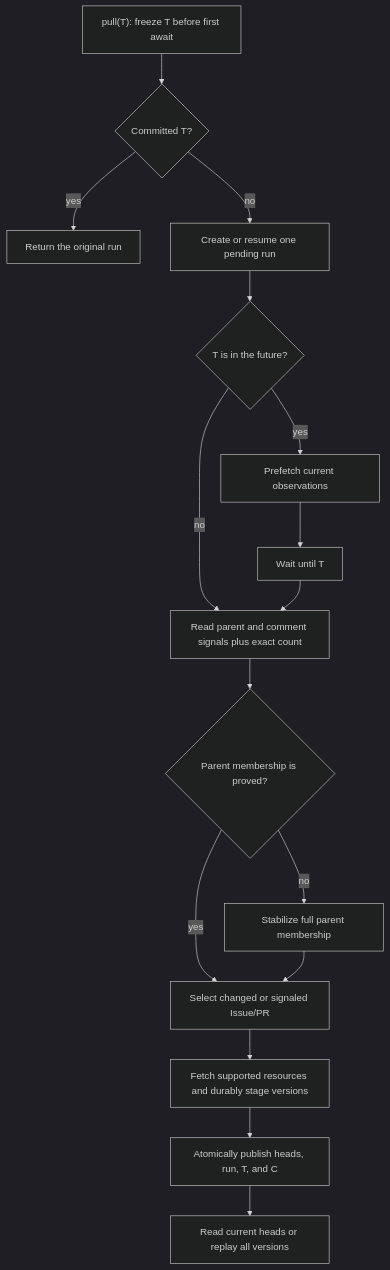
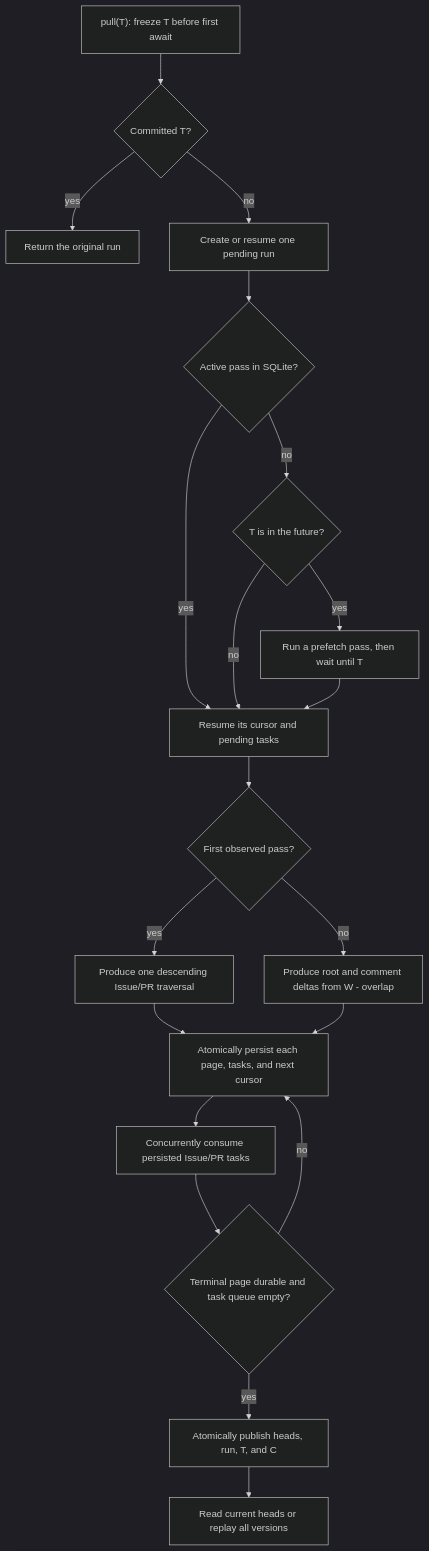
One commit to Delva0/gh-puller changed the first of 2 diagrams in docs/github-puller.md. Above: the diagram before and after it, drawn with Mermaid (dark theme). The commit also changed other lines of this file and 13 other files, not shown here.

````diff
--- a/docs/github-puller.md
+++ b/docs/github-puller.md
@@ -26,18 +26,22 @@
 ```mermaid
 flowchart TD
     Call["pull(T): freeze T before first await"] --> Existing{"Committed T?"}
     Existing -->|yes| Return["Return the original run"]
     Existing -->|no| Pending["Create or resume one pending run"]
-    Pending --> Future{"T is in the future?"}
-    Future -->|yes| Prefetch["Prefetch current observations"]
-    Prefetch --> Wait["Wait until T"]
-    Future -->|no| Discover["Read parent and comment signals plus exact count"]
-    Wait --> Discover
-    Discover --> Cert{"Parent membership is proved?"}
-    Cert -->|yes| Select["Select changed or signaled Issue/PR"]
-    Cert -->|no| Full["Stabilize full parent membership"]
-    Full --> Select
-    Select --> Stage["Fetch supported resources and durably stage versions"]
-    Stage --> Publish["Atomically publish heads, run, T, and C"]
+    Pending --> Resume{"Active pass in SQLite?"}
+    Resume -->|yes| Pass["Resume its cursor and pending tasks"]
+    Resume -->|no| Future{"T is in the future?"}
+    Future -->|yes| Prefetch["Run a prefetch pass, then wait until T"]
+    Future -->|no| Pass
+    Prefetch --> Pass
+    Pass --> Cold{"First observed pass?"}
+    Cold -->|yes| Full["Produce one descending Issue/PR traversal"]
+    Cold -->|no| Delta["Produce root and comment deltas from W - overlap"]
+    Full --> Journal["Atomically persist each page, tasks, and next cursor"]
+    Delta --> Journal
+    Journal --> Consume["Concurrently consume persisted Issue/PR tasks"]
+    Consume --> Closed{"Terminal page durable and task queue empty?"}
+    Closed -->|no| Journal
+    Closed -->|yes| Publish["Atomically publish heads, run, T, and C"]
     Publish --> Read["Read current heads or replay all versions"]
 ```
````
